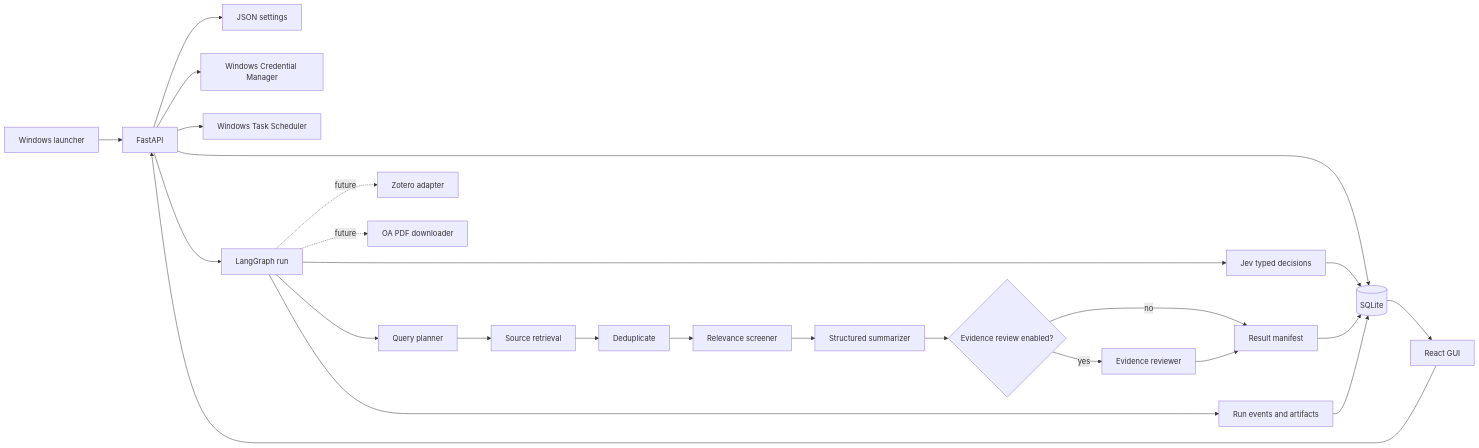
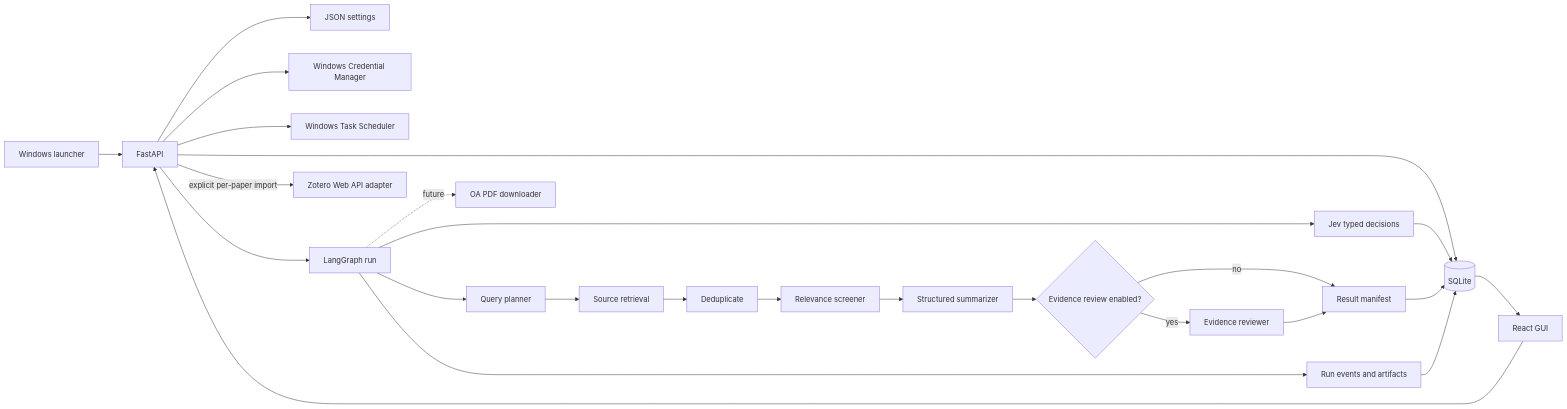
One commit to EdwardAiyw/literature-agent changed the diagram in docs/ARCHITECTURE.md. Above: the diagram before and after it, drawn with Mermaid. The commit also changed other lines of this file and 50 other files, not shown here.

````diff
--- a/docs/ARCHITECTURE.md
+++ b/docs/ARCHITECTURE.md
@@ -5,27 +5,27 @@
 ```mermaid
 flowchart LR
   EXE[Windows launcher] --> API[FastAPI]
   UI[React GUI] --> API
   API --> DB[(SQLite)]
   API --> CFG[JSON settings]
   API --> CRED[Windows Credential Manager]
   API --> TASKS[Windows Task Scheduler]
   API --> G[LangGraph run]
   G --> P[Query planner]
   P --> R[Source retrieval]
   R --> D[Deduplicate]
   D --> C[Relevance screener]
   C --> S[Structured summarizer]
   S --> E{Evidence review enabled?}
   E -->|yes| V[Evidence reviewer]
   E -->|no| M[Result manifest]
   V --> M
   G --> A[Run events and artifacts]
   G --> J[Jev typed decisions]
   J --> DB
   M --> DB
   A --> DB
   DB --> UI
-  G -. future .-> Z[Zotero adapter]
+  API -->|explicit per-paper import| Z[Zotero Web API adapter]
   G -. future .-> F[OA PDF downloader]
 ```
````
